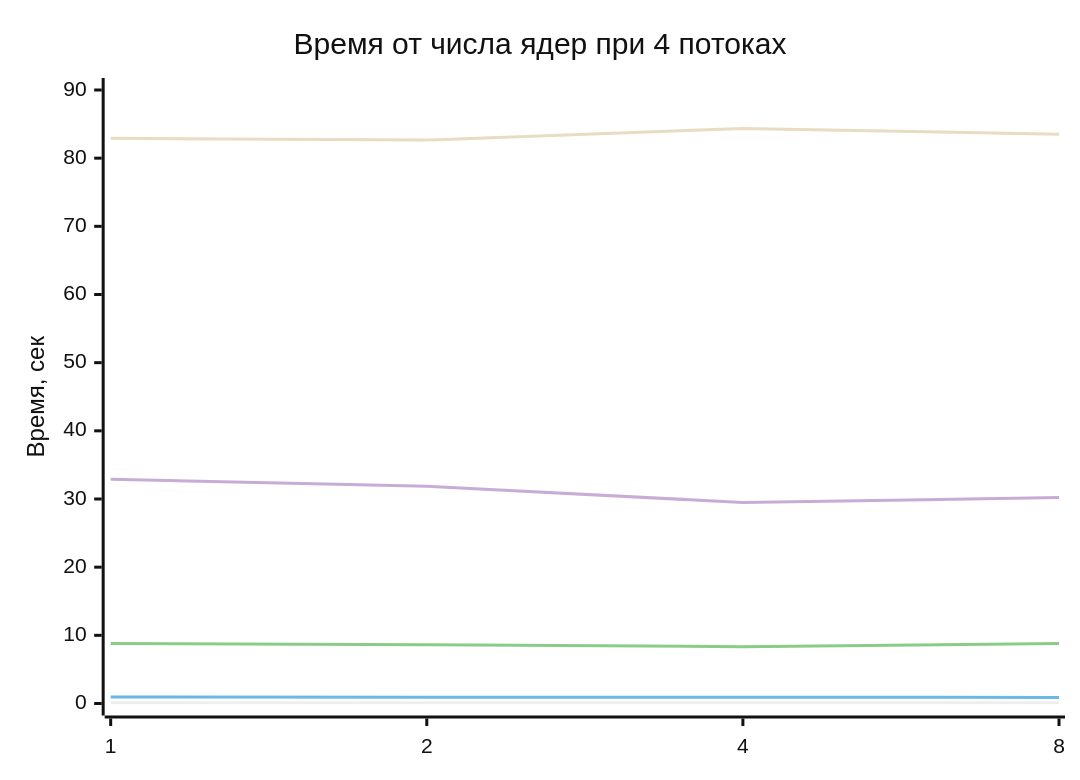
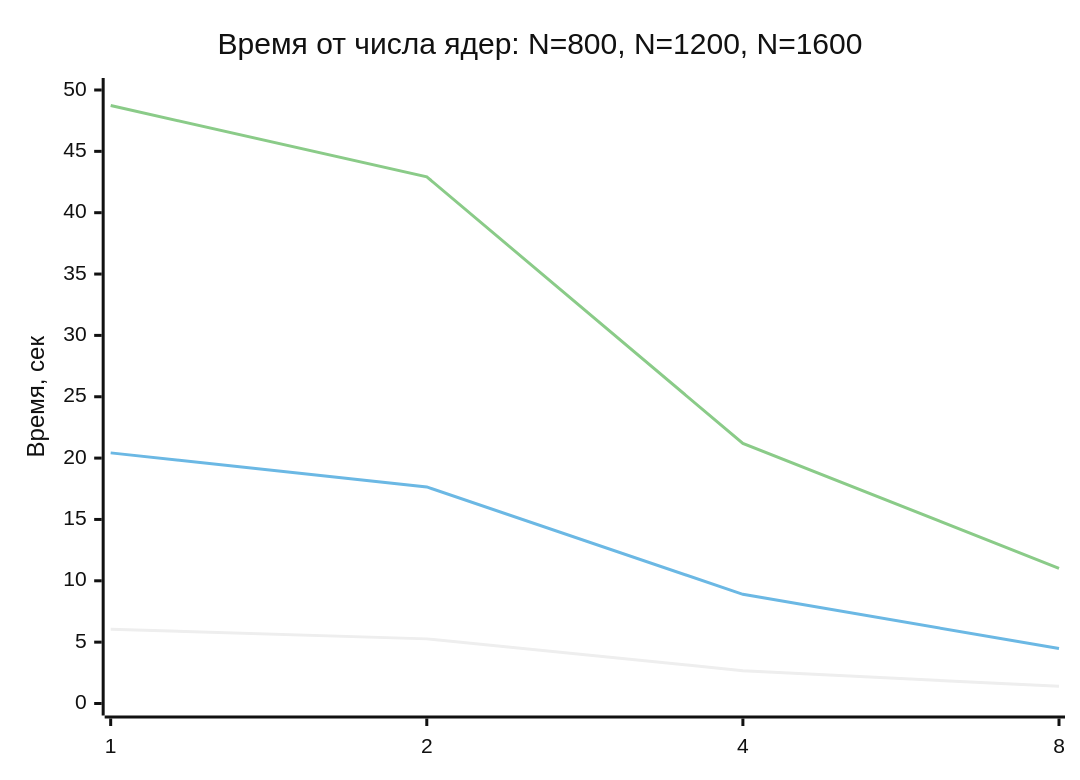
One commit to sanek4338/Parallelnoe_Programming changed the fourth of 8 diagrams in README.md. Above: the diagram before and after it, drawn with Mermaid (neutral theme). The commit also changed other lines of this file and 1 other file, not shown here.

````diff
--- a/README.md
+++ b/README.md
@@ -130,11 +168,9 @@
 ```mermaid
 xychart-beta
-    title "Время от числа ядер при 4 потоках"
+    title "Время от числа ядер: N=800, N=1200, N=1600"
     x-axis [1, 2, 4, 8]
-    y-axis "Время, сек" 0 --> 90
-    line "N=200" [0.111392, 0.096598, 0.094870, 0.094913]
-    line "N=400" [0.960615, 0.910290, 0.917968, 0.894495]
-    line "N=800" [8.800895, 8.608311, 8.333178, 8.785929]
-    line "N=1200" [32.891140, 31.880586, 29.484893, 30.217337]
-    line "N=1600" [82.910802, 82.649957, 84.365628, 83.517251]
+    y-axis "Время, сек" 0 --> 50
+    line "N=800" [6.049118, 5.266987, 2.674601, 1.399853]
+    line "N=1200" [20.425722, 17.649867, 8.897807, 4.480562]
+    line "N=1600" [48.731702, 42.924215, 21.195776, 11.016194]
 ```
````
